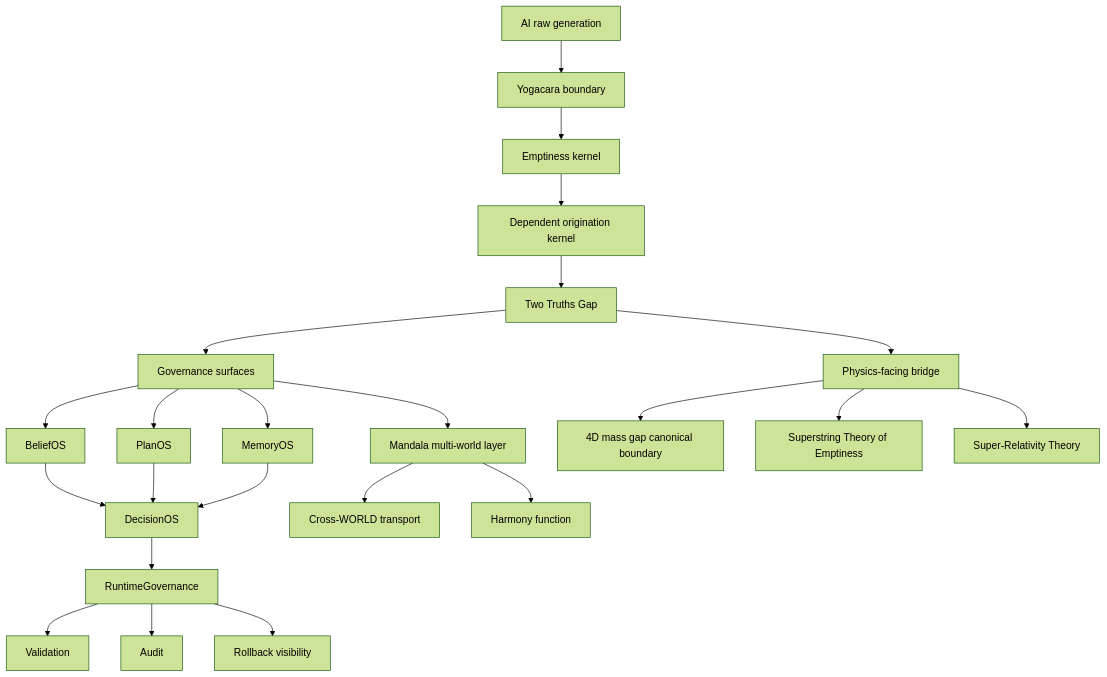
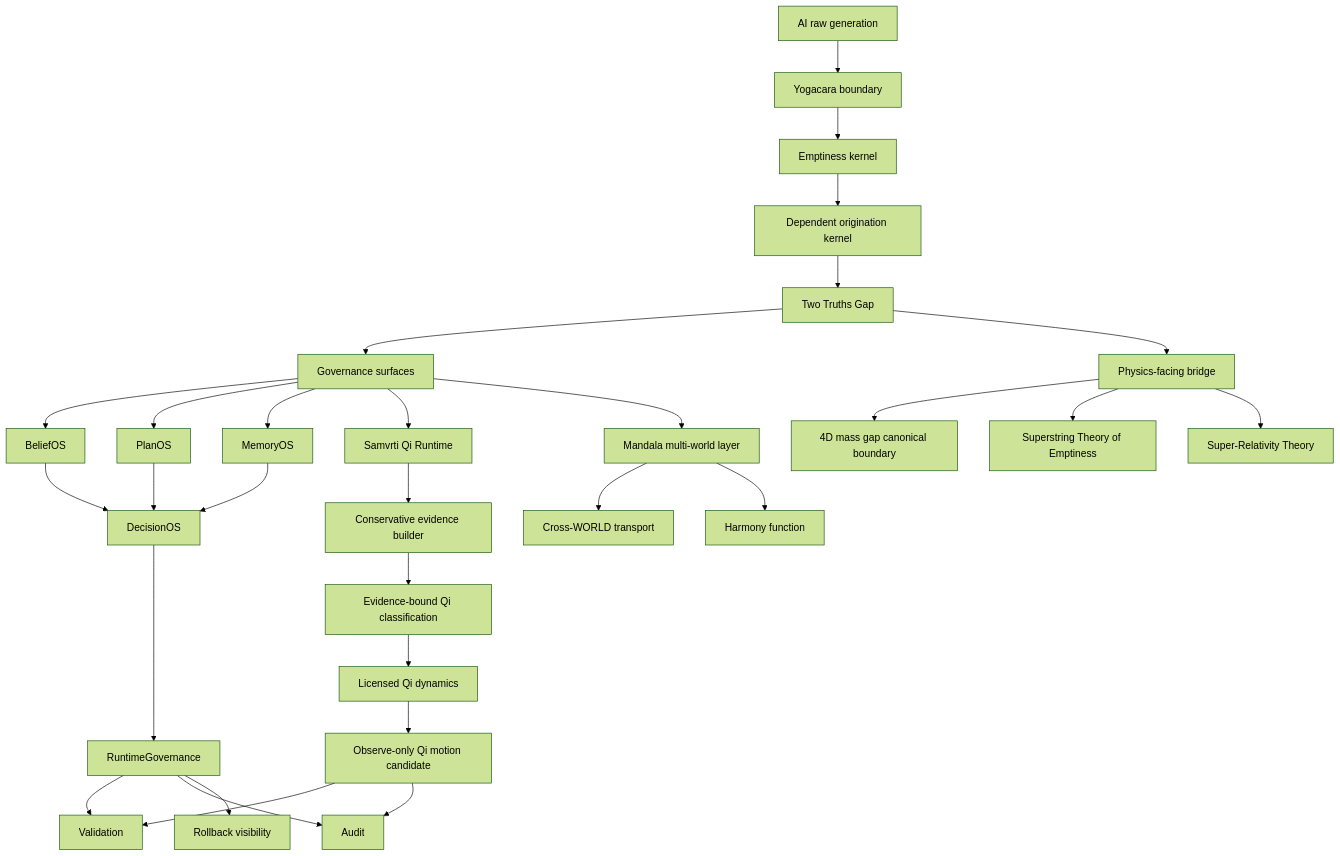
One commit to itakura-hidetoshi/KuuOS changed the diagram in docs/ARCHITECTURE_DIAGRAM_v0_1.md. Above: the diagram before and after it, drawn with Mermaid (forest theme). The commit also changed other lines of this file, not shown here.

Commit message:
Add Qi motion chain to architecture diagram v0.1

````diff
--- a/docs/ARCHITECTURE_DIAGRAM_v0_1.md
+++ b/docs/ARCHITECTURE_DIAGRAM_v0_1.md
@@ -3,28 +3,36 @@
 ```mermaid
 flowchart TD
     A[AI raw generation] --> B[Yogacara boundary]
     B --> C[Emptiness kernel]
     C --> D[Dependent origination kernel]
     D --> E[Two Truths Gap]
     E --> F[Governance surfaces]
 
     F --> G[BeliefOS]
     F --> H[PlanOS]
     F --> I[MemoryOS]
     G --> J[DecisionOS]
     H --> J
     I --> J
     J --> K[RuntimeGovernance]
     K --> L[Validation]
     K --> M[Audit]
     K --> N[Rollback visibility]
 
     E --> O[Physics-facing bridge]
     O --> P[4D mass gap canonical boundary]
     O --> Q[Superstring Theory of Emptiness]
     O --> R[Super-Relativity Theory]
 
+    F --> V[Samvrti Qi Runtime]
+    V --> W[Conservative evidence builder]
+    W --> X[Evidence-bound Qi classification]
+    X --> Y[Licensed Qi dynamics]
+    Y --> Z[Observe-only Qi motion candidate]
+    Z --> L
+    Z --> M
+
     F --> S[Mandala multi-world layer]
     S --> T[Cross-WORLD transport]
     S --> U[Harmony function]
 ```
````
